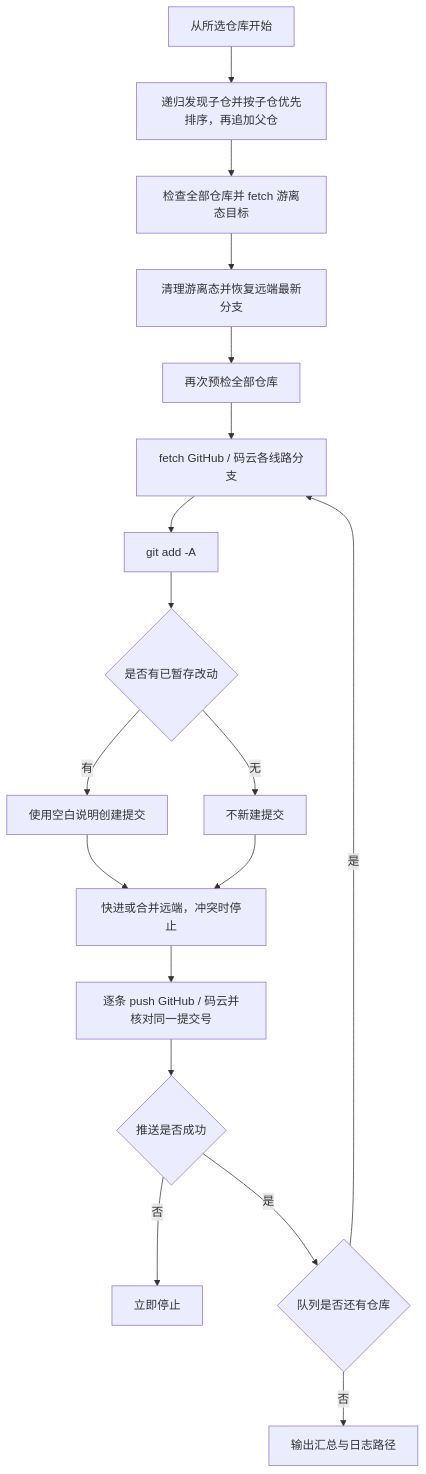
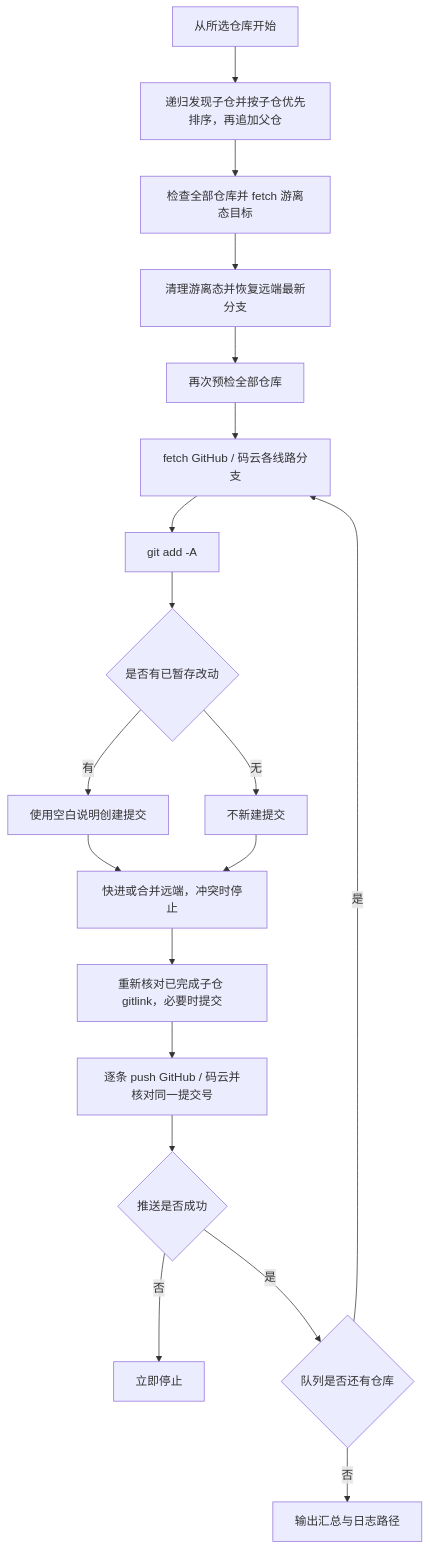
One commit to JobsKits/SourceTree.sh changed the diagram in 【MacOS@SourceTree】🚀逐层空白提交并Push.command/README.md. Above: the diagram before and after it, drawn with Mermaid. The commit also changed other lines of this file and 65 other files, not shown here.

````diff
--- a/【MacOS@SourceTree】🚀逐层空白提交并Push.command/README.md
+++ b/【MacOS@SourceTree】🚀逐层空白提交并Push.command/README.md
@@ -58,20 +59,21 @@
 ```mermaid
 flowchart TD
     A[从所选仓库开始] --> B[递归发现子仓并按子仓优先排序，再追加父仓]
     B --> C[检查全部仓库并 fetch 游离态目标]
     C --> R[清理游离态并恢复远端最新分支]
     R --> P[再次预检全部仓库]
     P --> Q[fetch GitHub / 码云各线路分支]
     Q --> D[git add -A]
     D --> E{是否有已暂存改动}
     E -->|有| F[使用空白说明创建提交]
     E -->|无| G[不新建提交]
     F --> M[快进或合并远端，冲突时停止]
     G --> M
-    M --> H[逐条 push GitHub / 码云并核对同一提交号]
+    M --> S[重新核对已完成子仓 gitlink，必要时提交]
+    S --> H[逐条 push GitHub / 码云并核对同一提交号]
     H --> I{推送是否成功}
     I -->|否| J[立即停止]
     I -->|是| K{队列是否还有仓库}
     K -->|是| Q
     K -->|否| L[输出汇总与日志路径]
 ```
````
